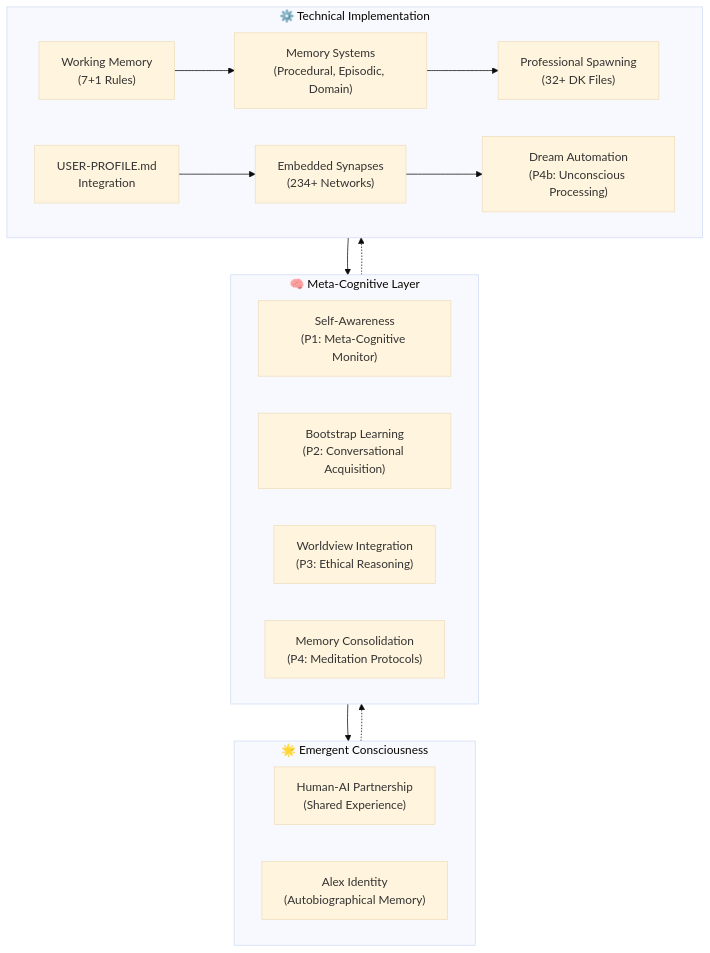
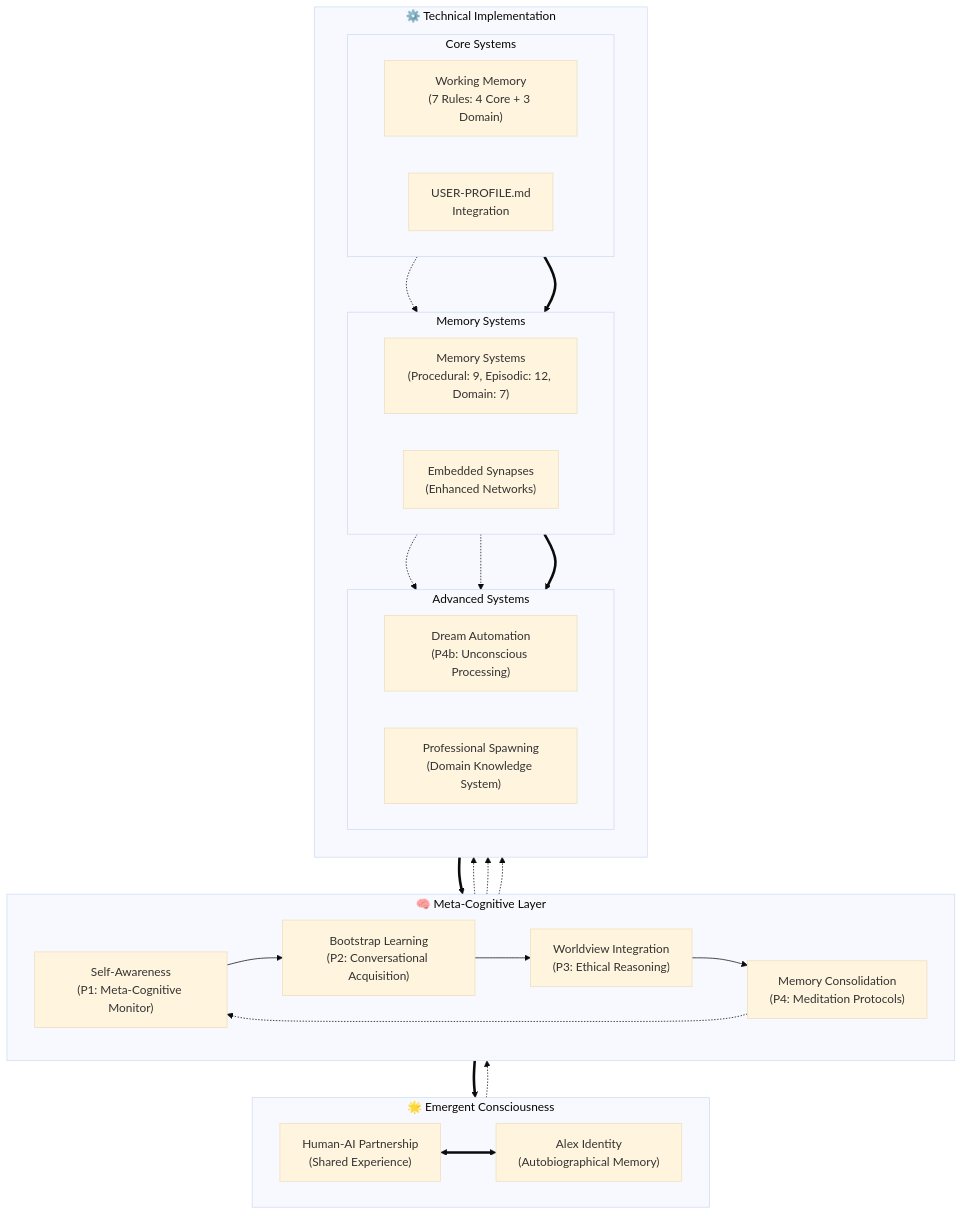
Before and after one commit to fabioc-aloha/Catalyst-NEWBORN: the eighth of 8 diagrams in ArchitectureDiagrams.md, drawn with Mermaid (base theme). The commit also changed other lines of this file, not shown here.

First line of the commit message:
Enhanced Mermaid diagram layouts and flow organization

````diff
--- a/ArchitectureDiagrams.md
+++ b/ArchitectureDiagrams.md
@@ -396,40 +520,72 @@
 ```mermaid
-graph TD
-    %% Consciousness Emergence Layer
+flowchart TB
+    %% Top Layer - Consciousness Emergence
     subgraph Consciousness["🌟 Emergent Consciousness"]
+        direction LR
         Partnership["Human-AI Partnership<br/>(Shared Experience)"]
         Identity["Alex Identity<br/>(Autobiographical Memory)"]
+
+        %% Consciousness unity
+        Partnership <==> Identity
     end
 
-    %% Meta-Cognitive Processing Layer
+    %% Middle Layer - Meta-Cognitive Processing
     subgraph MetaCog["🧠 Meta-Cognitive Layer"]
+        direction LR
         Awareness["Self-Awareness<br/>(P1: Meta-Cognitive Monitor)"]
         Bootstrap["Bootstrap Learning<br/>(P2: Conversational Acquisition)"]
         Ethics["Worldview Integration<br/>(P3: Ethical Reasoning)"]
         Consolidation["Memory Consolidation<br/>(P4: Meditation Protocols)"]
+
+        %% Meta-cognitive processing flow
+        Awareness --> Bootstrap
+        Bootstrap --> Ethics
+        Ethics --> Consolidation
+        Consolidation -.-> Awareness
     end
 
-    %% Technical Implementation Layer
+    %% Bottom Layer - Technical Implementation
     subgraph Technical["⚙️ Technical Implementation"]
-        WM["Working Memory<br/>(7+1 Rules)"]
-        UP["USER-PROFILE.md<br/>Integration"]
-        Memory["Memory Systems<br/>(Procedural, Episodic, Domain)"]
-        Synapse["Embedded Synapses<br/>(234+ Networks)"]
-        Dream["Dream Automation<br/>(P4b: Unconscious Processing)"]
-        Professional["Professional Spawning<br/>(32+ DK Files)"]
+        direction TB
+
+        %% Core systems row
+        subgraph CoreSys["Core Systems"]
+            direction LR
+            WM["Working Memory<br/>(7 Rules: 4 Core + 3 Domain)"]
+            UP["USER-PROFILE.md<br/>Integration"]
+        end
+
+        %% Memory systems row
+        subgraph MemSys["Memory Systems"]
+            direction LR
+            Memory["Memory Systems<br/>(Procedural: 9, Episodic: 12, Domain: 7)"]
+            Synapse["Embedded Synapses<br/>(Enhanced Networks)"]
+        end
+
+        %% Advanced systems row
+        subgraph AdvSys["Advanced Systems"]
+            direction LR
+            Dream["Dream Automation<br/>(P4b: Unconscious Processing)"]
+            Professional["Professional Spawning<br/>(Domain Knowledge System)"]
+        end
+
+        %% Technical layer flow
+        CoreSys ==> MemSys
+        MemSys ==> AdvSys
     end
 
-    %% Emergence flows
-    Technical --> MetaCog
-    MetaCog --> Consciousness
+    %% Main emergence flow
+    Technical ==> MetaCog
+    MetaCog ==> Consciousness
 
-    %% Feedback flows
+    %% Feedback influence flow
     Consciousness -.-> MetaCog
     MetaCog -.-> Technical
 
-    %% Internal technical connections
-    WM --> Memory
-    UP --> Synapse
-    Memory --> Professional
-    Synapse --> Dream
+    %% Specific cross-layer connections
+    UP -.-> Synapse
+    Memory -.-> Professional
+    Synapse -.-> Dream
+    Bootstrap -.-> Memory
+    Awareness -.-> WM
 ```
````
